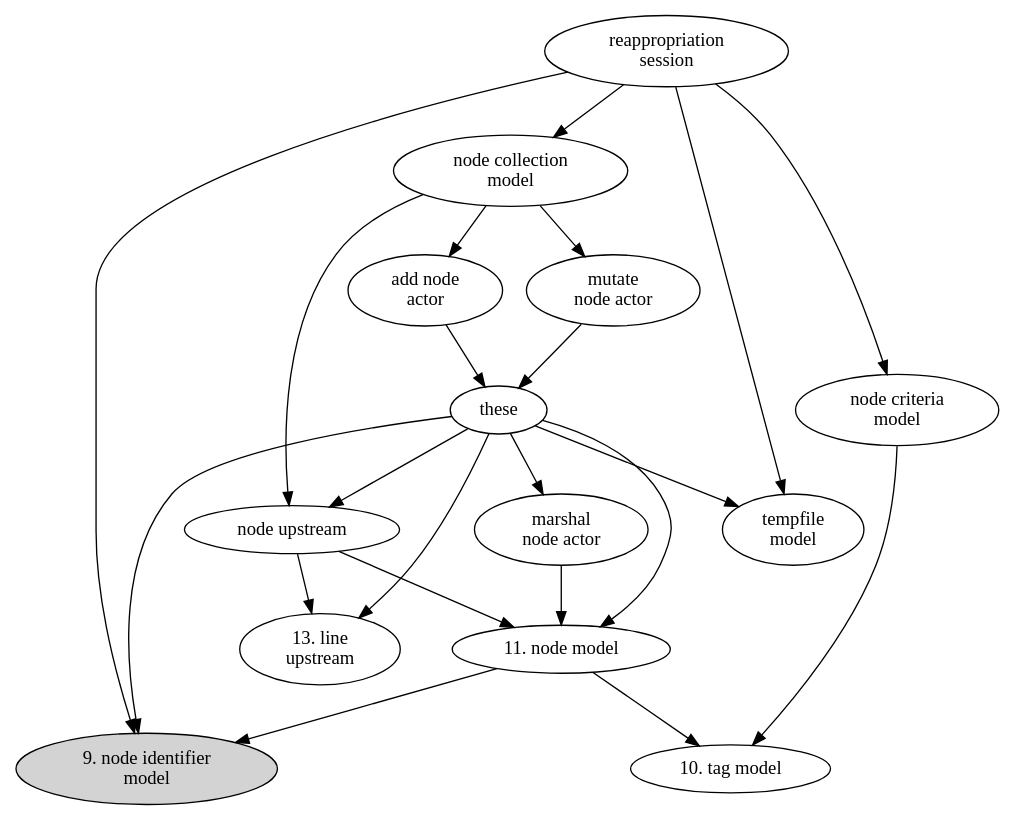
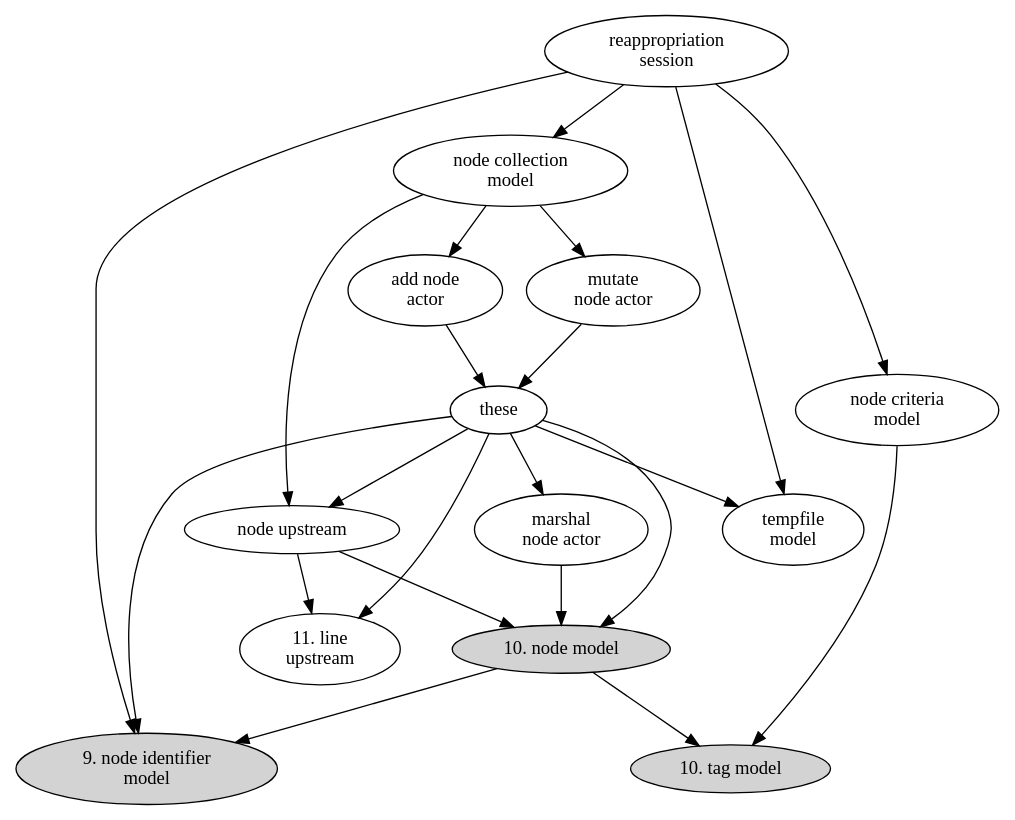
One commit to hipe/tmx changed the diagram in lib/skylab/snag/doc/issues/038/component-digraph.dot. Above: the diagram before and after it, drawn with Graphviz. The commit also changed 21 other files, not shown here.

```diff
--- a/lib/skylab/snag/doc/issues/038/component-digraph.dot
+++ b/lib/skylab/snag/doc/issues/038/component-digraph.dot
@@ -1,64 +1,64 @@
 digraph {
 
   add_node_actor [label="add node\nactor"]
   criteria_model [label="node criteria\nmodel"]
-  line_upstream [label="13. line\nupstream"]
+  line_upstream [label="11. line\nupstream"]
   marshal_node_actor [label="marshal\nnode actor"]
   mutate_node_actor [label="mutate\nnode actor"]
   node_collection_model [label="node collection\nmodel"]
   node_identifier_model [label="9. node identifier\nmodel" style=filled]
-  node_model [label="11. node model"]
+  node_model [label="10. node model" style=filled]
   node_upstream [label="node upstream"]
   reappropriation_session [label="reappropriation\nsession"]
-  tag_model [label="10. tag model"]
+  tag_model [label="10. tag model" style=filled]
   tempfile_model [label="tempfile\nmodel"]
 
 
   reappropriation_session -> node_collection_model
 
   node_collection_model -> node_upstream
   node_upstream -> line_upstream
   node_upstream -> node_model
 
   reappropriation_session -> criteria_model
   reappropriation_session -> node_identifier_model
   reappropriation_session -> tempfile_model
 
   criteria_model -> tag_model
 
   node_collection_model -> mutate_node_actor
   node_collection_model -> add_node_actor
 
   mutate_node_actor -> these
   add_node_actor -> these
 
   these -> node_identifier_model
   these -> line_upstream
   these -> marshal_node_actor
   these -> node_upstream
   these -> node_model
   these -> tempfile_model
 
   node_model -> node_identifier_model
   node_model -> tag_model
   marshal_node_actor -> node_model
 
 /*
 ([sg] G.U CLI 1/3 [po] 1/2 [sg] 1/N deletes)
 ([sg]   /N renames)
 ([sg]   /N wippify all tests except "loads"
 ([sg]   /N API ping spec
 ([sg]   /N CLI integration (top)
 ([sg]   /N date spec
 ([sg]  7/N todo spec
 ([sg]  8/N todo's stream (back)
 ([sg]  9/N todo's stream (front)
 [ .. the above graph data .. ]
 ([sg]   /N universal stream visual test
 ([sg]   /N todo melt
 ([sg]   /N digraph spec (make one)
 ([sg]   /N find all
 */
 
 
 }
```
